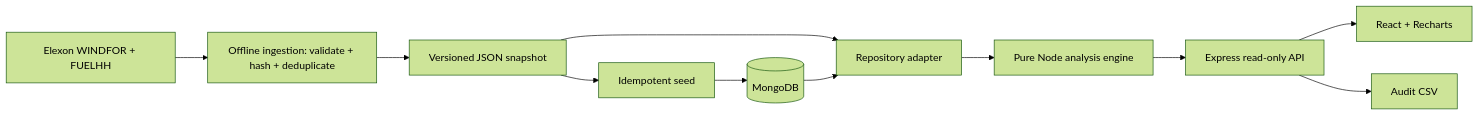
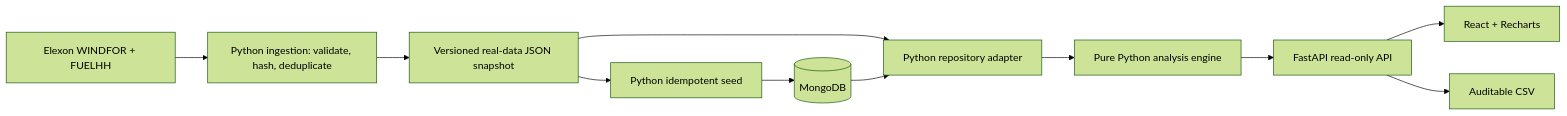
Before and after one commit to Hargun1/bbc7a6fdf5f9: the diagram in docs/architecture.md, drawn with Mermaid (forest theme). The commit also changed other lines of this file and 41 other files, not shown here.

````diff
--- a/docs/architecture.md
+++ b/docs/architecture.md
@@ -5,13 +5,13 @@
 ```mermaid
 flowchart LR
-  E[Elexon WINDFOR + FUELHH] --> I[Offline ingestion: validate + hash + deduplicate]
-  I --> S[Versioned JSON snapshot]
-  S --> Seed[Idempotent seed]
+  E[Elexon WINDFOR + FUELHH] --> I[Python ingestion: validate, hash, deduplicate]
+  I --> S[Versioned real-data JSON snapshot]
+  S --> Seed[Python idempotent seed]
   Seed --> M[(MongoDB)]
-  S --> R[Repository adapter]
+  S --> R[Python repository adapter]
   M --> R
-  R --> A[Pure Node analysis engine]
-  A --> API[Express read-only API]
+  R --> A[Pure Python analysis engine]
+  A --> API[FastAPI read-only API]
   API --> UI[React + Recharts]
-  API --> CSV[Audit CSV]
+  API --> CSV[Auditable CSV]
 ```
````
